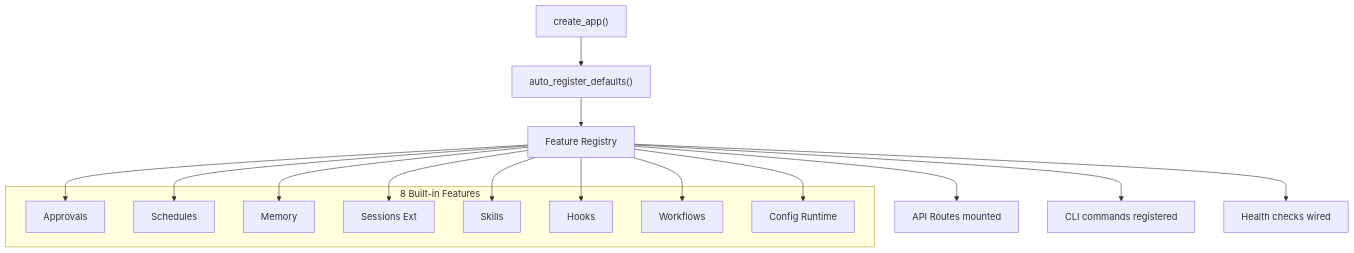
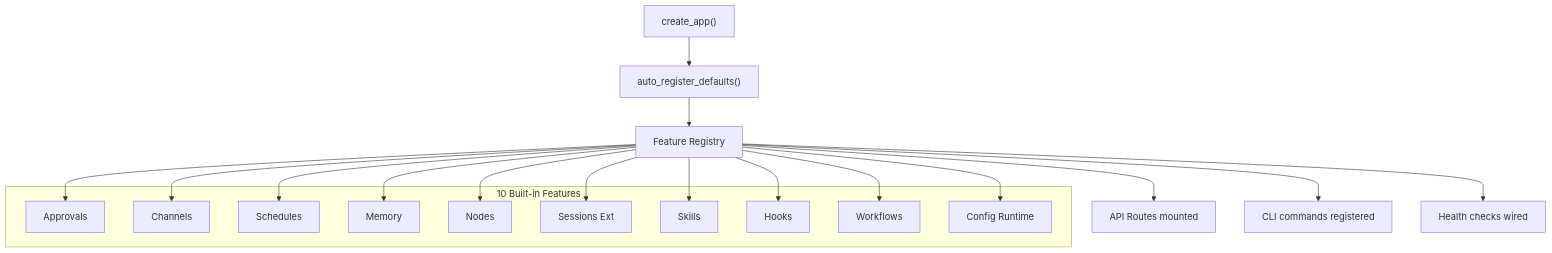
The diagram in docs/features/protocols.md (MervinPraison/PraisonAIUI), drawn with Mermaid before and after one commit. The commit also changed other lines of this file and 4 other files, not shown here.

First line of the commit message:
fix: mermaid legibility + title visibility (Mintlify-inspired)

````diff
--- a/docs/features/protocols.md
+++ b/docs/features/protocols.md
@@ -7,21 +7,23 @@
 ```mermaid
 graph TD
     A["create_app()"] --> B["auto_register_defaults()"]
     B --> C["Feature Registry"]
     C --> D["API Routes mounted"]
     C --> E["CLI commands registered"]
     C --> F["Health checks wired"]
     
-    subgraph "8 Built-in Features"
+    subgraph "10 Built-in Features"
         F1["Approvals"]
-        F2["Schedules"]
-        F3["Memory"]
-        F4["Sessions Ext"]
-        F5["Skills"]
-        F6["Hooks"]
-        F7["Workflows"]
-        F8["Config Runtime"]
+        F2["Channels"]
+        F3["Schedules"]
+        F4["Memory"]
+        F5["Nodes"]
+        F6["Sessions Ext"]
+        F7["Skills"]
+        F8["Hooks"]
+        F9["Workflows"]
+        F10["Config Runtime"]
     end
     
-    C --> F1 & F2 & F3 & F4 & F5 & F6 & F7 & F8
+    C --> F1 & F2 & F3 & F4 & F5 & F6 & F7 & F8 & F9 & F10
 ```
````
